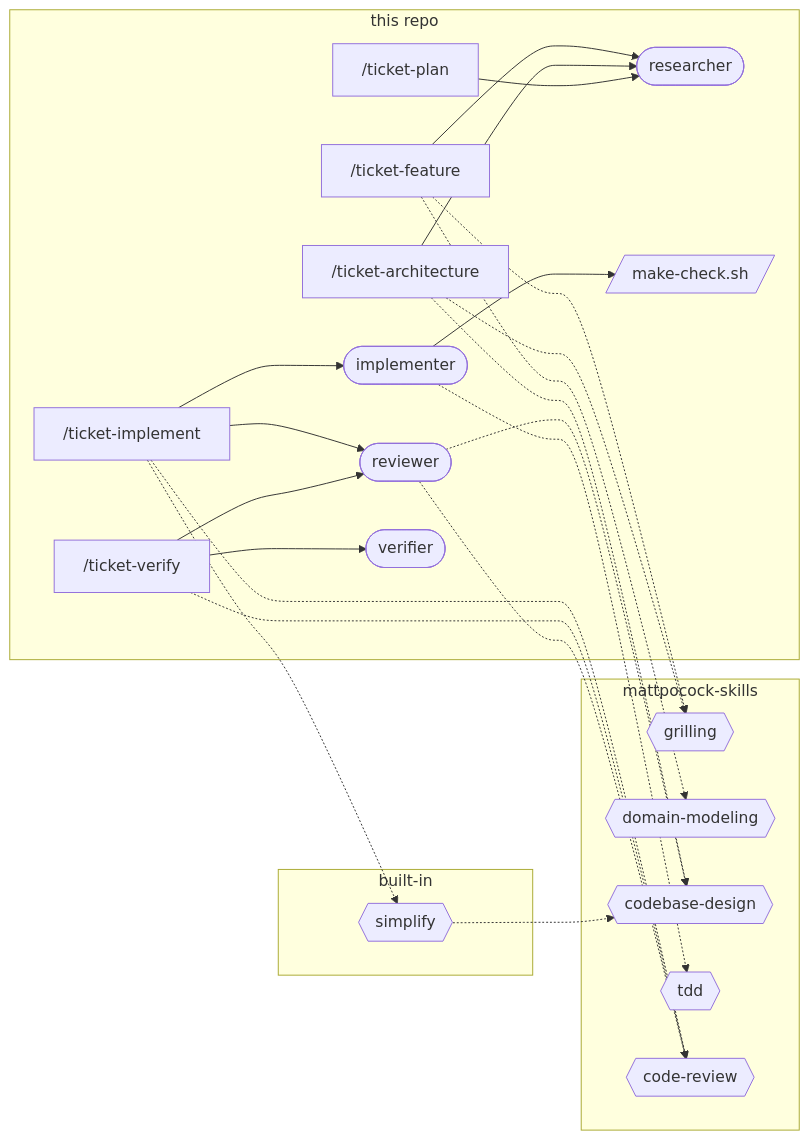
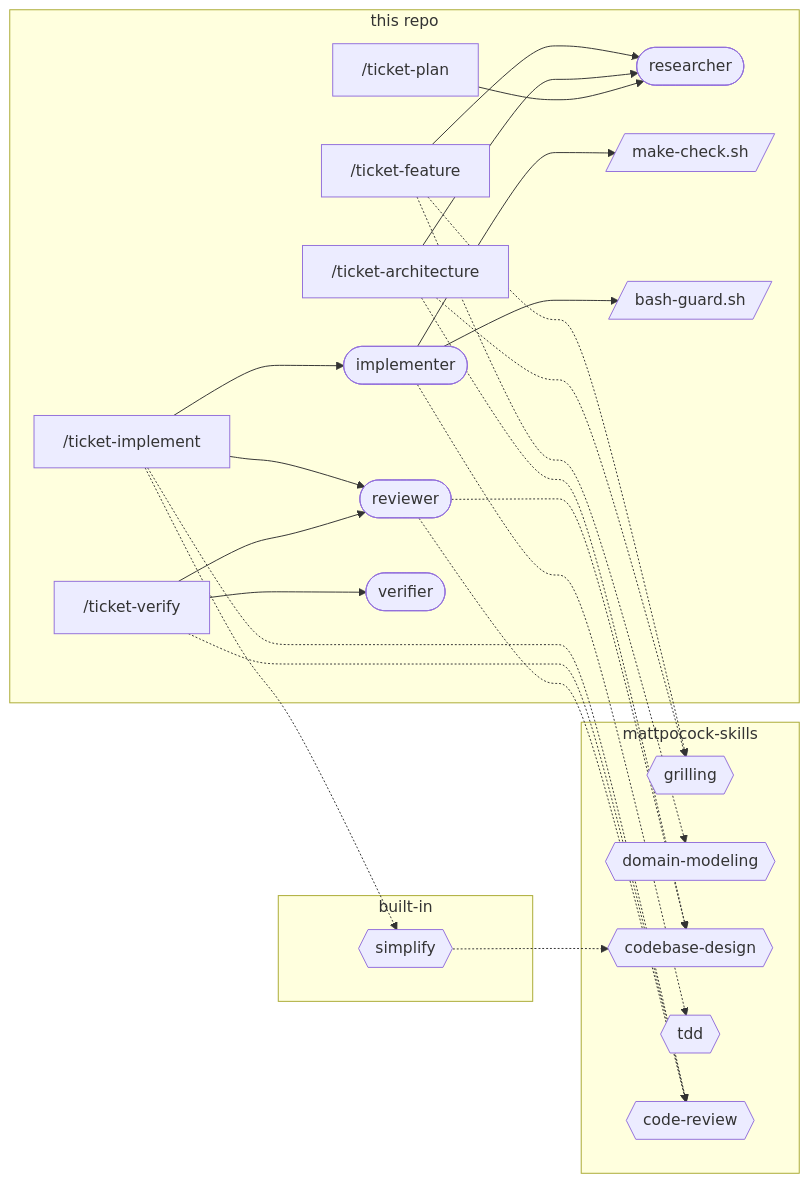
One commit to khotei/app-template changed the second of 3 diagrams in docs/knowledge/sdd.md. Above: the diagram before and after it, drawn with Mermaid. The commit also changed other lines of this file and 8 other files, not shown here.

````diff
--- a/docs/knowledge/sdd.md
+++ b/docs/knowledge/sdd.md
@@ -72,38 +75,39 @@
 ```mermaid
 graph LR
   subgraph ours [this repo]
     feature["/ticket-feature"]
     arch["/ticket-architecture"]
     plan["/ticket-plan"]
     impl["/ticket-implement"]
     verify["/ticket-verify"]
     researcher([researcher])
     implementer([implementer])
     reviewer([reviewer])
     verifier([verifier])
     hook[/make-check.sh/]
+    guard[/bash-guard.sh/]
   end
   subgraph plugin [mattpocock-skills]
     grilling{{grilling}}
     modeling{{domain-modeling}}
     design{{codebase-design}}
     tdd{{tdd}}
     review{{code-review}}
   end
   subgraph builtin [built-in]
     simplify{{simplify}}
   end
   feature -.-> grilling & modeling
   feature --> researcher
   arch -.-> design & grilling
   arch --> researcher
   plan --> researcher
   impl --> implementer & reviewer
   impl -.-> review & simplify
   simplify -.-> design
   implementer -.-> tdd
-  implementer --> hook
+  implementer --> hook & guard
   verify --> verifier & reviewer
   verify -.-> review
   reviewer -.-> review & design
 ```
````
